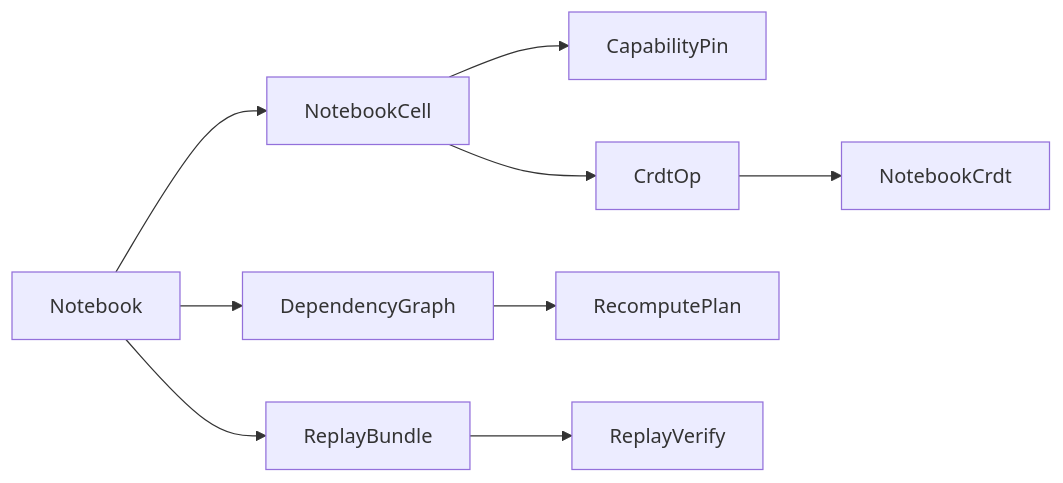
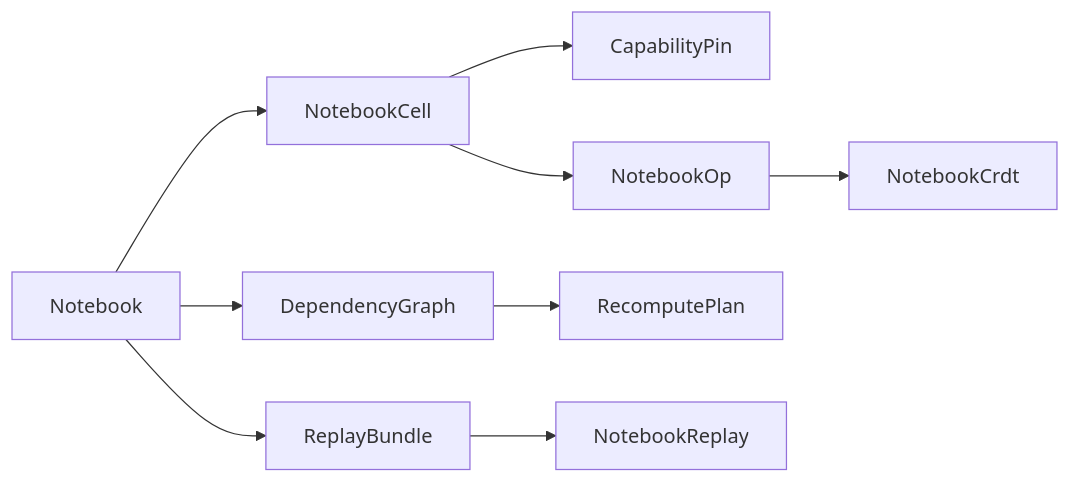
Before and after one commit to bsamiee/Rasm: the diagram in libs/csharp/Rasm.AppUi/.planning/notebook-document.md, drawn with Mermaid. The commit also changed other lines of this file and 13 other files, not shown here.

````diff
--- a/libs/csharp/Rasm.AppUi/.planning/notebook-document.md
+++ b/libs/csharp/Rasm.AppUi/.planning/notebook-document.md
@@ -282,11 +282,11 @@
 ```mermaid
 flowchart LR
     Notebook --> NotebookCell
     NotebookCell --> CapabilityPin
     Notebook --> DependencyGraph
     DependencyGraph --> RecomputePlan
-    NotebookCell --> CrdtOp
-    CrdtOp --> NotebookCrdt
+    NotebookCell --> NotebookOp
+    NotebookOp --> NotebookCrdt
     Notebook --> ReplayBundle
-    ReplayBundle --> ReplayVerify
+    ReplayBundle --> NotebookReplay
 ```
````
